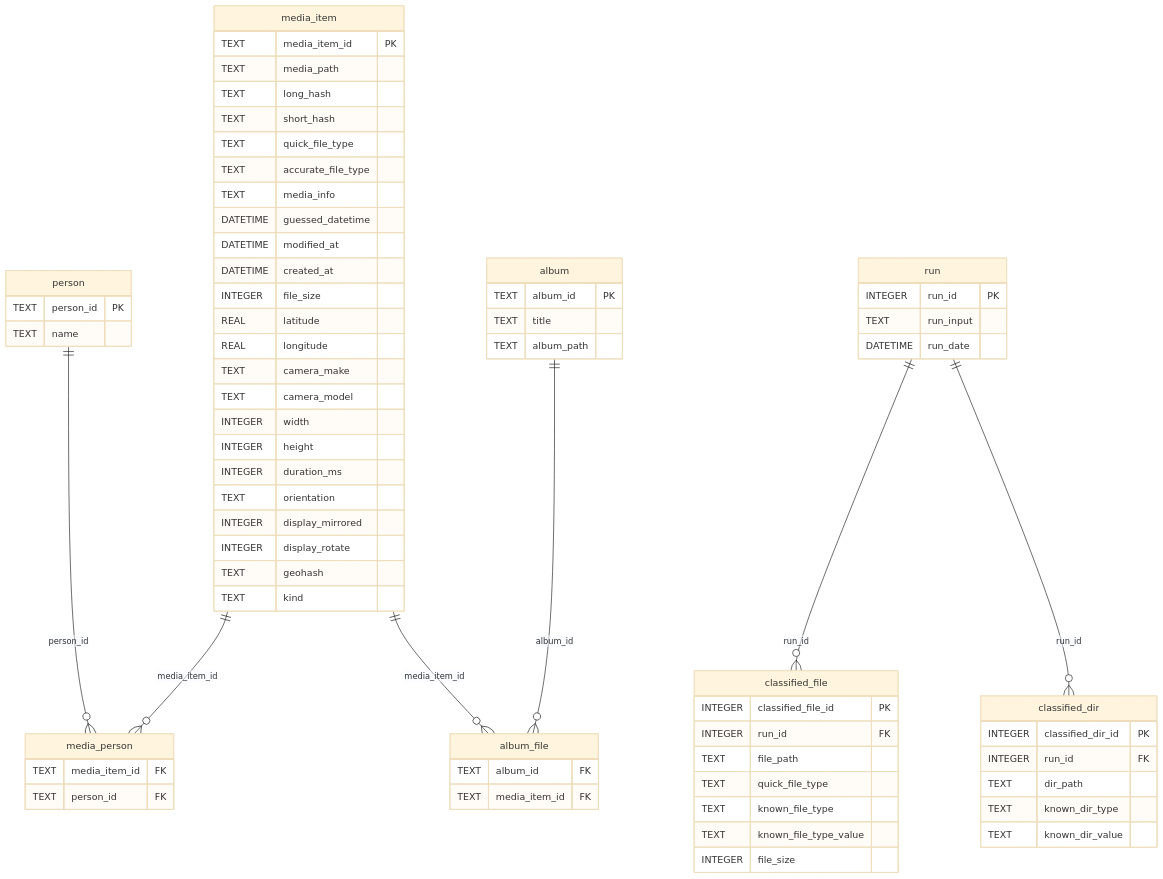
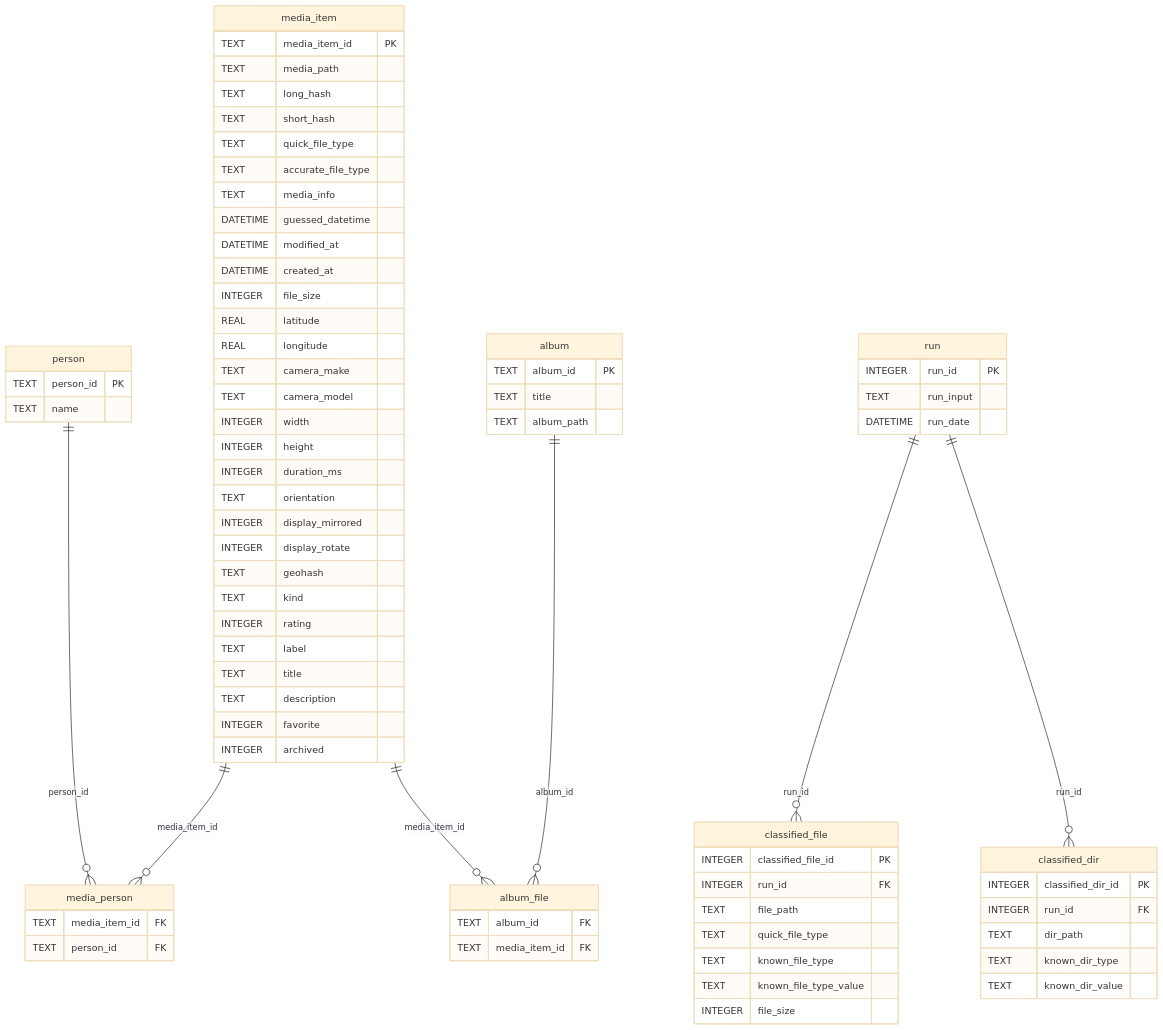
One commit to paultuckey/ptsync changed the diagram in docs/db-schema.md. Above: the diagram before and after it, drawn with Mermaid (base theme). The commit also changed 21 other files, not shown here.

````diff
--- a/docs/db-schema.md
+++ b/docs/db-schema.md
@@ -6,72 +6,78 @@
 ```mermaid
 erDiagram
     media_item ||--o{ media_person : "media_item_id"
     person ||--o{ media_person : "person_id"
     album ||--o{ album_file : "album_id"
     media_item ||--o{ album_file : "media_item_id"
     run ||--o{ classified_file : "run_id"
     run ||--o{ classified_dir : "run_id"
     media_item {
         TEXT media_item_id PK
         TEXT media_path
         TEXT long_hash
         TEXT short_hash
         TEXT quick_file_type
         TEXT accurate_file_type
         TEXT media_info
         DATETIME guessed_datetime
         DATETIME modified_at
         DATETIME created_at
         INTEGER file_size
         REAL latitude
         REAL longitude
         TEXT camera_make
         TEXT camera_model
         INTEGER width
         INTEGER height
         INTEGER duration_ms
         TEXT orientation
         INTEGER display_mirrored
         INTEGER display_rotate
         TEXT geohash
         TEXT kind
+        INTEGER rating
+        TEXT label
+        TEXT title
+        TEXT description
+        INTEGER favorite
+        INTEGER archived
     }
     person {
         TEXT person_id PK
         TEXT name
     }
     media_person {
         TEXT media_item_id FK
         TEXT person_id FK
     }
     album {
         TEXT album_id PK
         TEXT title
         TEXT album_path
     }
     album_file {
         TEXT album_id FK
         TEXT media_item_id FK
     }
     run {
         INTEGER run_id PK
         TEXT run_input
         DATETIME run_date
     }
     classified_file {
         INTEGER classified_file_id PK
         INTEGER run_id FK
         TEXT file_path
         TEXT quick_file_type
         TEXT known_file_type
         TEXT known_file_type_value
         INTEGER file_size
     }
     classified_dir {
         INTEGER classified_dir_id PK
         INTEGER run_id FK
         TEXT dir_path
         TEXT known_dir_type
         TEXT known_dir_value
     }
 ```
````
